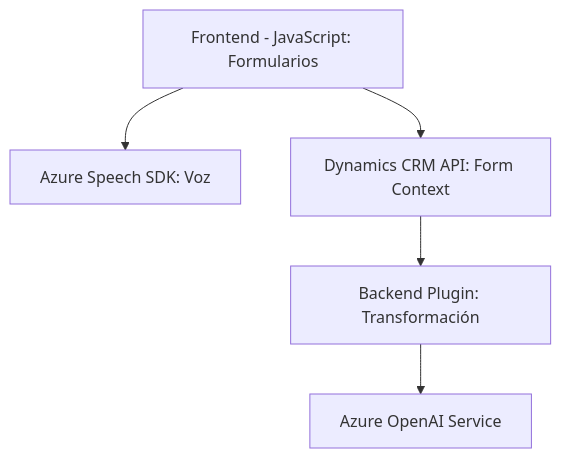
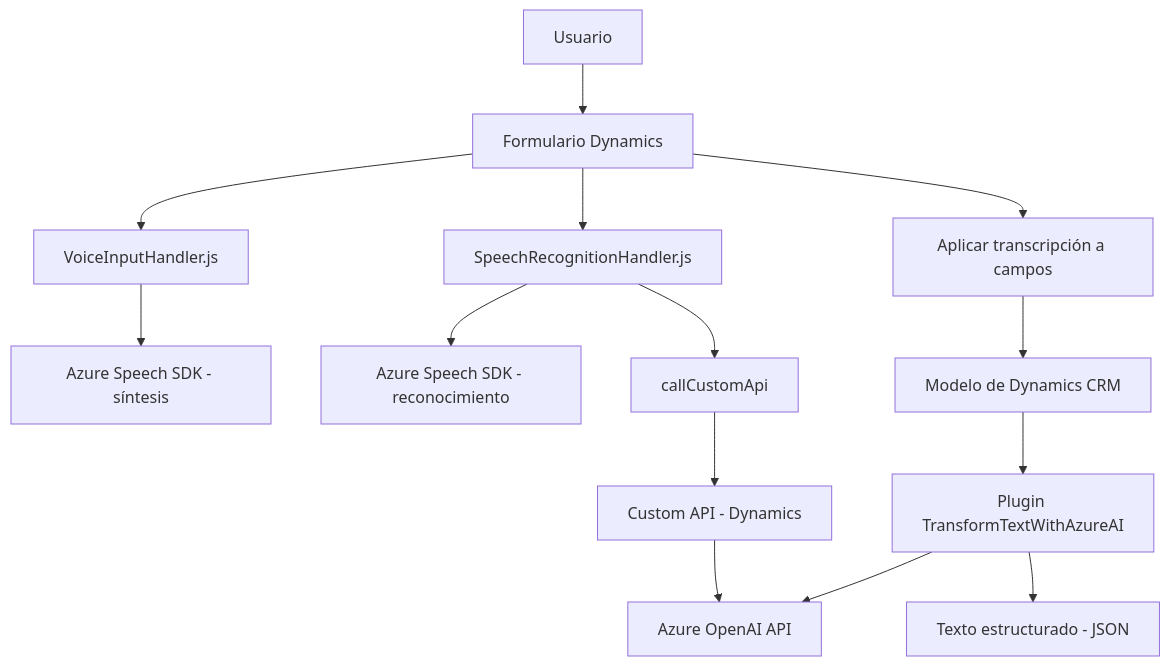
The diagram in README.md (blopezdm/NETCORE_BILBAO2025), drawn with Mermaid before and after one commit. The commit also changed other lines of this file, not shown here.

````diff
--- a/README.md
+++ b/README.md
@@ -40,7 +38,19 @@
 ```mermaid
 graph TD
-    A["Frontend - JavaScript: Formularios"] --> B["Azure Speech SDK: Voz"]
-    A --> C["Dynamics CRM API: Form Context"]
-    C --> D["Backend Plugin: Transformación"]
-    D --> E["Azure OpenAI Service"]
+    A["Usuario"] --> B["Formulario Dynamics"]
+    B --> C["VoiceInputHandler.js"]
+    B --> D["SpeechRecognitionHandler.js"]
+    C --> E["Azure Speech SDK - síntesis"]
+    D --> F["Azure Speech SDK - reconocimiento"]
+    
+    D --> G["callCustomApi"]
+    G --> H["Custom API - Dynamics"]
+    H --> I["Azure OpenAI API"]
+
+    B --> J["Aplicar transcripción a campos"]
+    J --> K["Modelo de Dynamics CRM"]
+
+    K --> L["Plugin TransformTextWithAzureAI"]
+    L --> I
+    L --> M["Texto estructurado - JSON"]
 ```
````
